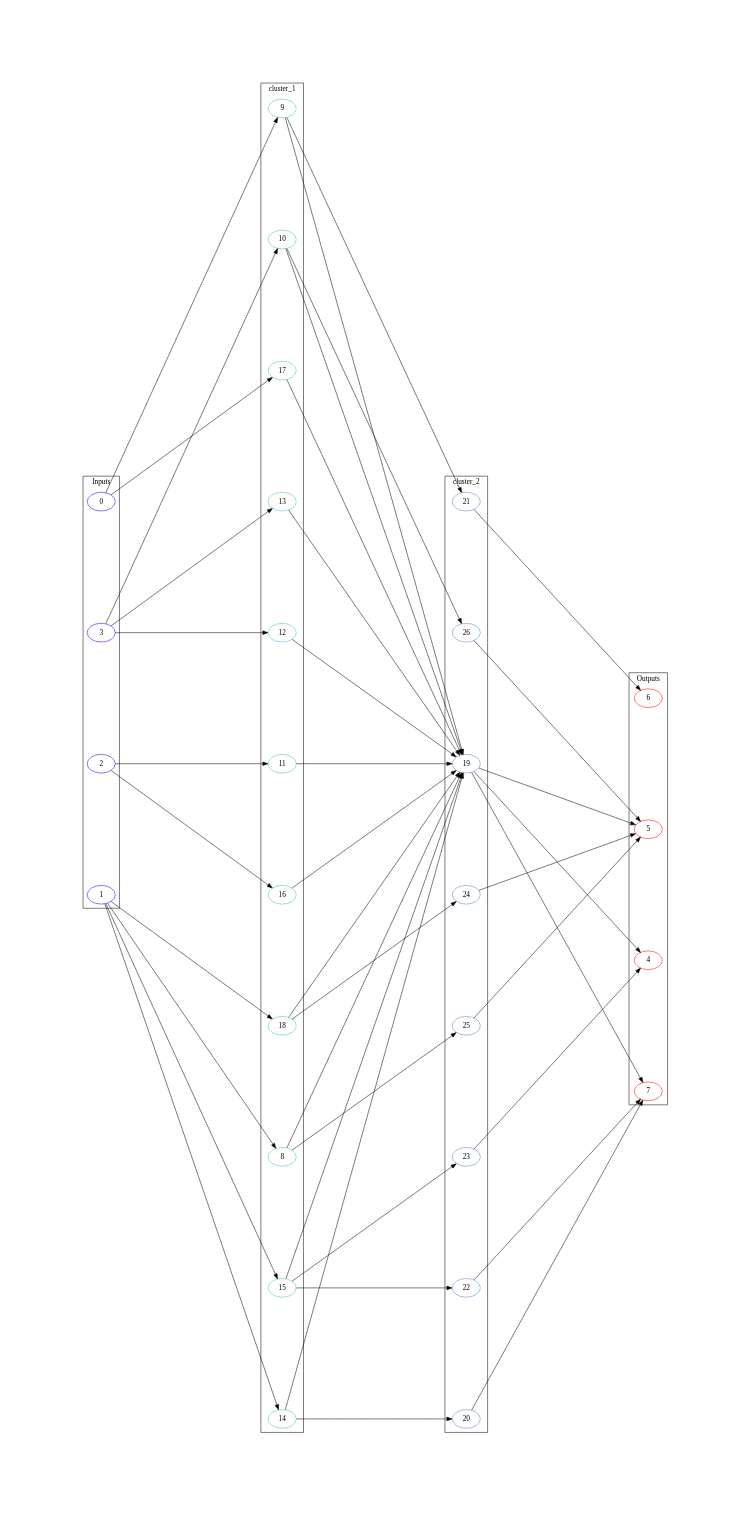
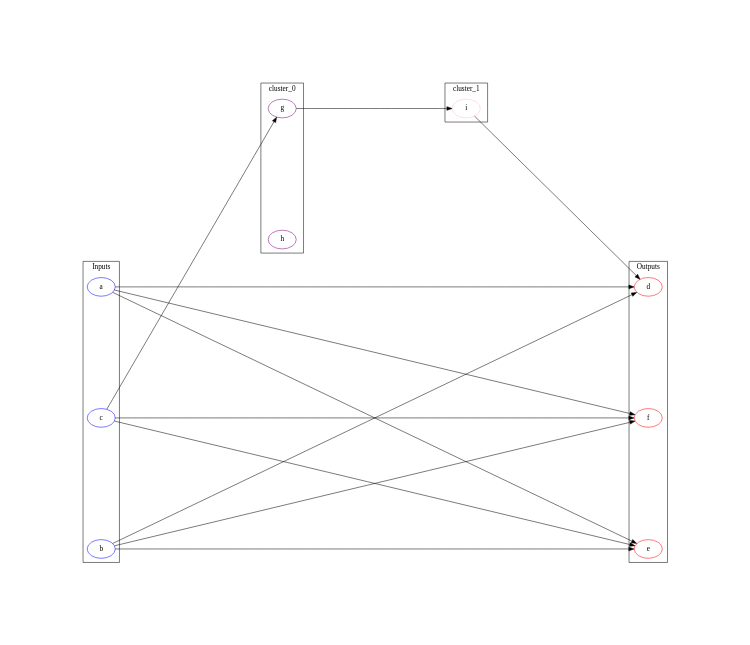
The diagram in img/g1.gv (tunstek/Machine_Learning_Playground), drawn with Graphviz before and after one commit. The commit also changed 6 other files, not shown here.

```diff
--- a/img/g1.gv
+++ b/img/g1.gv
@@ -1,152 +1,52 @@
 // Graph
 digraph {
 	graph [nodesep=3 pad=2 rankdir=LR ranksep=4 size="2000,2000" splines=line]
 		edge [color=black]
 		subgraph cluster_0 {
-			graph [label=Inputs rank=min rankdir=LR]
-				0 [color=blue]
+			graph [label=cluster_0 rank=0 rankdir=LR]
+				g [color=purple]
 		}
 		subgraph cluster_0 {
+			graph [label=cluster_0 rank=0 rankdir=LR]
+				h [color=purple]
+		}
+		subgraph cluster_Inputs {
 			graph [label=Inputs rank=min rankdir=LR]
-				1 [color=blue]
+				a [color=blue]
 		}
-		subgraph cluster_0 {
+		subgraph cluster_Inputs {
 			graph [label=Inputs rank=min rankdir=LR]
-				2 [color=blue]
+				c [color=blue]
 		}
-		subgraph cluster_0 {
+		subgraph cluster_Inputs {
 			graph [label=Inputs rank=min rankdir=LR]
-				3 [color=blue]
+				b [color=blue]
 		}
 		subgraph cluster_1 {
 			graph [label=cluster_1 rank=1 rankdir=LR]
-				8 [color="#3ac0c3"]
+				i [color=pink]
 		}
-		subgraph cluster_1 {
-			graph [label=cluster_1 rank=1 rankdir=LR]
-				9 [color="#3ac0c3"]
+		subgraph cluster_Outputs {
+			graph [label=Outputs rank=max rankdir=LR]
+				e [color=red]
 		}
-		subgraph cluster_1 {
-			graph [label=cluster_1 rank=1 rankdir=LR]
-				10 [color="#3ac0c3"]
+		subgraph cluster_Outputs {
+			graph [label=Outputs rank=max rankdir=LR]
+				d [color=red]
 		}
-		subgraph cluster_1 {
-			graph [label=cluster_1 rank=1 rankdir=LR]
-				11 [color="#3ac0c3"]
+		subgraph cluster_Outputs {
+			graph [label=Outputs rank=max rankdir=LR]
+				f [color=red]
 		}
-		subgraph cluster_1 {
-			graph [label=cluster_1 rank=1 rankdir=LR]
-				12 [color="#3ac0c3"]
-		}
-		subgraph cluster_1 {
-			graph [label=cluster_1 rank=1 rankdir=LR]
-				13 [color="#3ac0c3"]
-		}
-		subgraph cluster_1 {
-			graph [label=cluster_1 rank=1 rankdir=LR]
-				14 [color="#3ac0c3"]
-		}
-		subgraph cluster_1 {
-			graph [label=cluster_1 rank=1 rankdir=LR]
-				15 [color="#3ac0c3"]
-		}
-		subgraph cluster_1 {
-			graph [label=cluster_1 rank=1 rankdir=LR]
-				16 [color="#3ac0c3"]
-		}
-		subgraph cluster_1 {
-			graph [label=cluster_1 rank=1 rankdir=LR]
-				17 [color="#3ac0c3"]
-		}
-		subgraph cluster_1 {
-			graph [label=cluster_1 rank=1 rankdir=LR]
-				18 [color="#3ac0c3"]
-		}
-		subgraph cluster_2 {
-			graph [label=cluster_2 rank=2 rankdir=LR]
-				19 [color="#5380c3"]
-		}
-		subgraph cluster_2 {
-			graph [label=cluster_2 rank=2 rankdir=LR]
-				20 [color="#5380c3"]
-		}
-		subgraph cluster_2 {
-			graph [label=cluster_2 rank=2 rankdir=LR]
-				21 [color="#5380c3"]
-		}
-		subgraph cluster_2 {
-			graph [label=cluster_2 rank=2 rankdir=LR]
-				22 [color="#5380c3"]
-		}
-		subgraph cluster_2 {
-			graph [label=cluster_2 rank=2 rankdir=LR]
-				23 [color="#5380c3"]
-		}
-		subgraph cluster_2 {
-			graph [label=cluster_2 rank=2 rankdir=LR]
-				24 [color="#5380c3"]
-		}
-		subgraph cluster_2 {
-			graph [label=cluster_2 rank=2 rankdir=LR]
-				25 [color="#5380c3"]
-		}
-		subgraph cluster_2 {
-			graph [label=cluster_2 rank=2 rankdir=LR]
-				26 [color="#5380c3"]
-		}
-		subgraph cluster_9223372036854775807 {
-			graph [label=Outputs rank=max rankdir=LR]
-				4 [color=red]
-		}
-		subgraph cluster_9223372036854775807 {
-			graph [label=Outputs rank=max rankdir=LR]
-				5 [color=red]
-		}
-		subgraph cluster_9223372036854775807 {
-			graph [label=Outputs rank=max rankdir=LR]
-				6 [color=red]
-		}
-		subgraph cluster_9223372036854775807 {
-			graph [label=Outputs rank=max rankdir=LR]
-				7 [color=red]
-		}
-			0 -> 9
-			0 -> 17
-			1 -> 8
-			1 -> 15
-			1 -> 14
-			1 -> 18
-			2 -> 11
-			2 -> 16
-			3 -> 10
-			3 -> 13
-			3 -> 12
-			8 -> 19
-			8 -> 25
-			9 -> 19
-			9 -> 21
-			10 -> 19
-			10 -> 26
-			11 -> 19
-			12 -> 19
-			13 -> 19
-			14 -> 19
-			14 -> 20
-			15 -> 19
-			15 -> 22
-			15 -> 23
-			16 -> 19
-			17 -> 19
-			18 -> 19
-			18 -> 24
-			19 -> 5
-			19 -> 4
-			19 -> 7
-			20 -> 7
-			21 -> 6
-			22 -> 7
-			23 -> 4
-			24 -> 5
-			25 -> 5
-			26 -> 5
+			g -> i
+			a -> e
+			a -> d
+			a -> f
+			c -> e
+			c -> g
+			c -> f
+			b -> e
+			b -> d
+			b -> f
+			i -> d
 }
```
